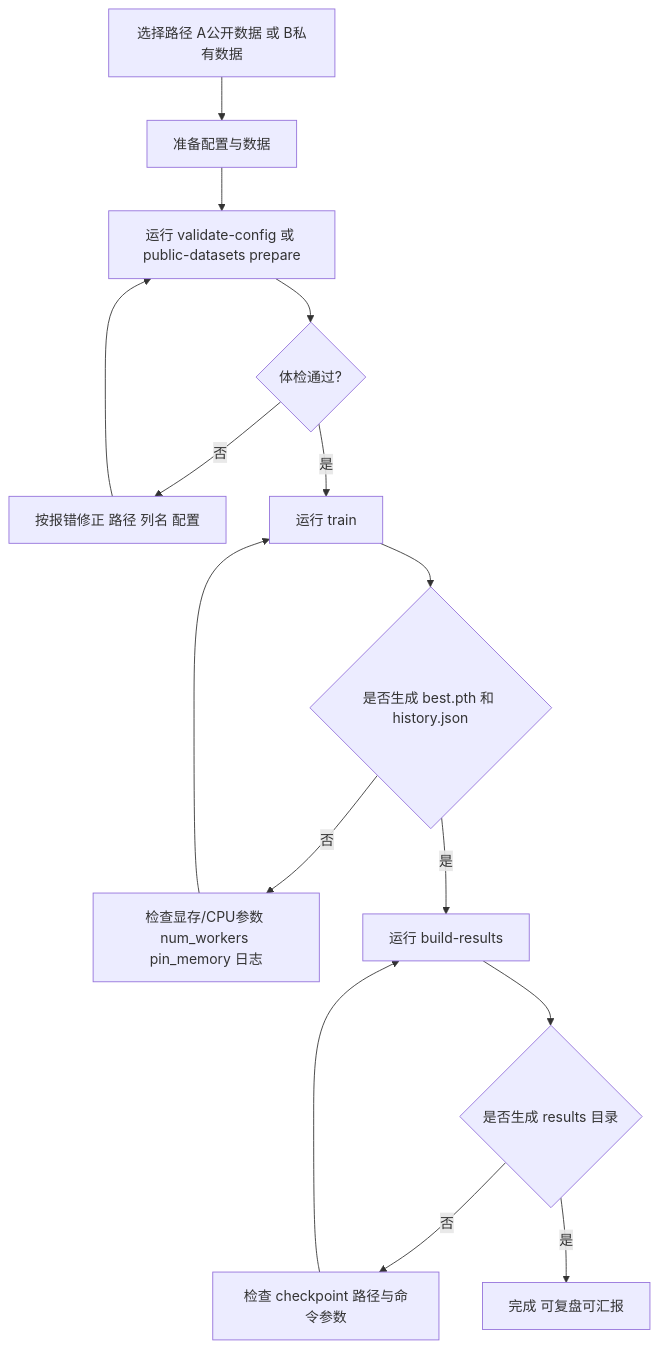
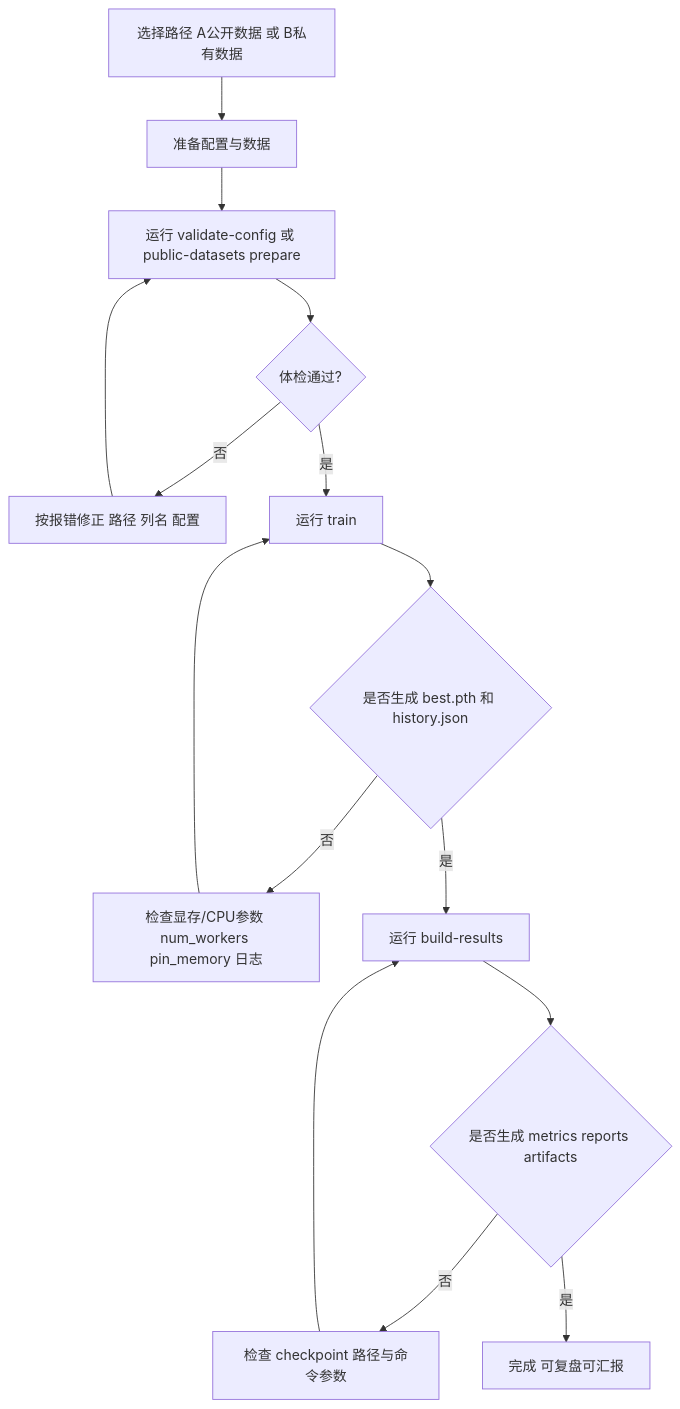
The diagram in docs/contents/getting-started/quickstart.md (iridyne/medfusion), drawn with Mermaid before and after one commit. The commit also changed other lines of this file and 13 other files, not shown here.

````diff
--- a/docs/contents/getting-started/quickstart.md
+++ b/docs/contents/getting-started/quickstart.md
@@ -41,17 +41,17 @@
 ```mermaid
 flowchart TB
   A[选择路径 A公开数据 或 B私有数据] --> B[准备配置与数据]
   B --> C[运行 validate-config 或 public-datasets prepare]
   C --> D{体检通过?}
   D -->|否| E[按报错修正 路径 列名 配置]
   E --> C
   D -->|是| F[运行 train]
   F --> G{是否生成 best.pth 和 history.json}
   G -->|否| H[检查显存/CPU参数 num_workers pin_memory 日志]
   H --> F
   G -->|是| I[运行 build-results]
-  I --> J{是否生成 results 目录}
+  I --> J{是否生成 metrics reports artifacts}
   J -->|否| K[检查 checkpoint 路径与命令参数]
   K --> I
   J -->|是| L[完成 可复盘可汇报]
 ```
````
